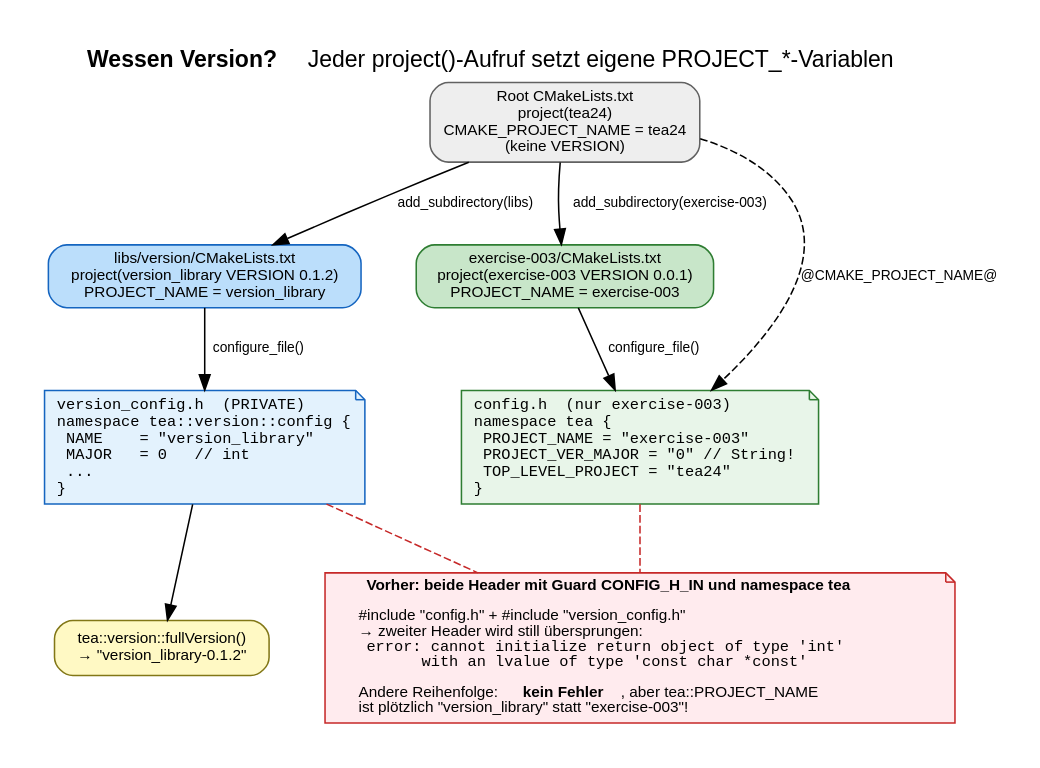
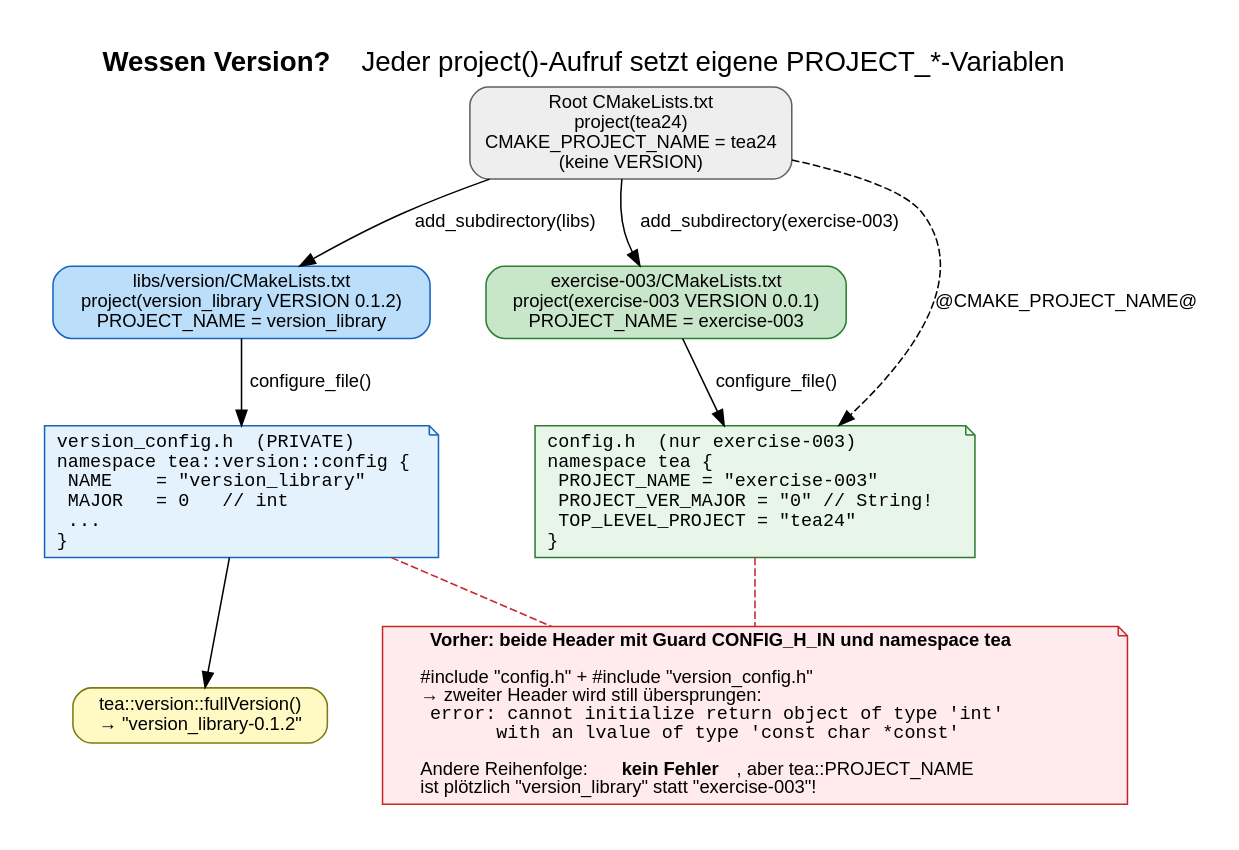
The diagram in exercise-003/doc/05_config_headers.dot (graugans/tea24), drawn with Graphviz before and after one commit. The commit also changed 57 other files, not shown here.

First line of the commit message:
docs: make diagram text readable at page width

```diff
--- a/exercise-003/doc/05_config_headers.dot
+++ b/exercise-003/doc/05_config_headers.dot
@@ -1,36 +1,36 @@
 // Drei project()-Aufrufe, zwei Konfig-Header – und die Guard-Kollision
 digraph config {
     rankdir=TB;
     graph [fontname="Helvetica", bgcolor="white", pad=0.3, nodesep=0.5, ranksep=0.6,
            label=<<b>Wessen Version?</b> Jeder project()-Aufruf setzt eigene PROJECT_*-Variablen>,
-           labelloc=t, fontsize=15];
-    node [fontname="Helvetica", fontsize=10, shape=box, style="rounded,filled"];
-    edge [fontname="Helvetica", fontsize=9];
+           labelloc=t, fontsize=18];
+    node [fontname="Helvetica", fontsize=12, shape=box, style="rounded,filled"];
+    edge [fontname="Helvetica", fontsize=12];
 
     root [fillcolor="#eeeeee", color="#616161", label="Root CMakeLists.txt\nproject(tea24)\nCMAKE_PROJECT_NAME = tea24\n(keine VERSION)"];
     libp [fillcolor="#bbdefb", color="#1565c0", label="libs/version/CMakeLists.txt\nproject(version_library VERSION 0.1.2)\nPROJECT_NAME = version_library"];
     exep [fillcolor="#c8e6c9", color="#2e7d32", label="exercise-003/CMakeLists.txt\nproject(exercise-003 VERSION 0.0.1)\nPROJECT_NAME = exercise-003"];
 
     vh [shape=note, fillcolor="#e3f2fd", color="#1565c0", fontname="Courier", label="version_config.h  (PRIVATE)\lnamespace tea::version::config {\l  NAME    = \"version_library\"\l  MAJOR   = 0   // int\l  ...\l}\l"];
     ch [shape=note, fillcolor="#e8f5e9", color="#2e7d32", fontname="Courier", label="config.h  (nur exercise-003)\lnamespace tea {\l  PROJECT_NAME = \"exercise-003\"\l  PROJECT_VER_MAJOR = \"0\" // String!\l  TOP_LEVEL_PROJECT = \"tea24\"\l}\l"];
 
     root -> libp [label="add_subdirectory(libs)"];
     root -> exep [label="add_subdirectory(exercise-003)"];
     libp -> vh [label="configure_file()"];
     exep -> ch [label="configure_file()"];
     root -> ch [style=dashed, label="@CMAKE_PROJECT_NAME@"];
 
     api [fillcolor="#fff9c4", color="#827717", label="tea::version::fullVersion()\n→ \"version_library-0.1.2\""];
     vh -> api;
 
-    old [shape=note, fillcolor="#ffebee", color="#c62828", fontsize=10, label=<
+    old [shape=note, fillcolor="#ffebee", color="#c62828", fontsize=12, label=<
       <b>Vorher: beide Header mit Guard CONFIG_H_IN und namespace tea</b><br align="left"/><br align="left"/>
       #include "config.h" + #include "version_config.h"<br align="left"/>
       → zweiter Header wird still übersprungen:<br align="left"/>
       <font face="Courier">error: cannot initialize return object of type 'int'</font><br align="left"/>
       <font face="Courier">       with an lvalue of type 'const char *const'</font><br align="left"/><br align="left"/>
       Andere Reihenfolge: <b>kein Fehler</b>, aber tea::PROJECT_NAME<br align="left"/>
       ist plötzlich "version_library" statt "exercise-003"!<br align="left"/>>];
     ch -> old [style=dashed, color="#c62828", arrowhead=none];
     vh -> old [style=dashed, color="#c62828", arrowhead=none];
 }
```
